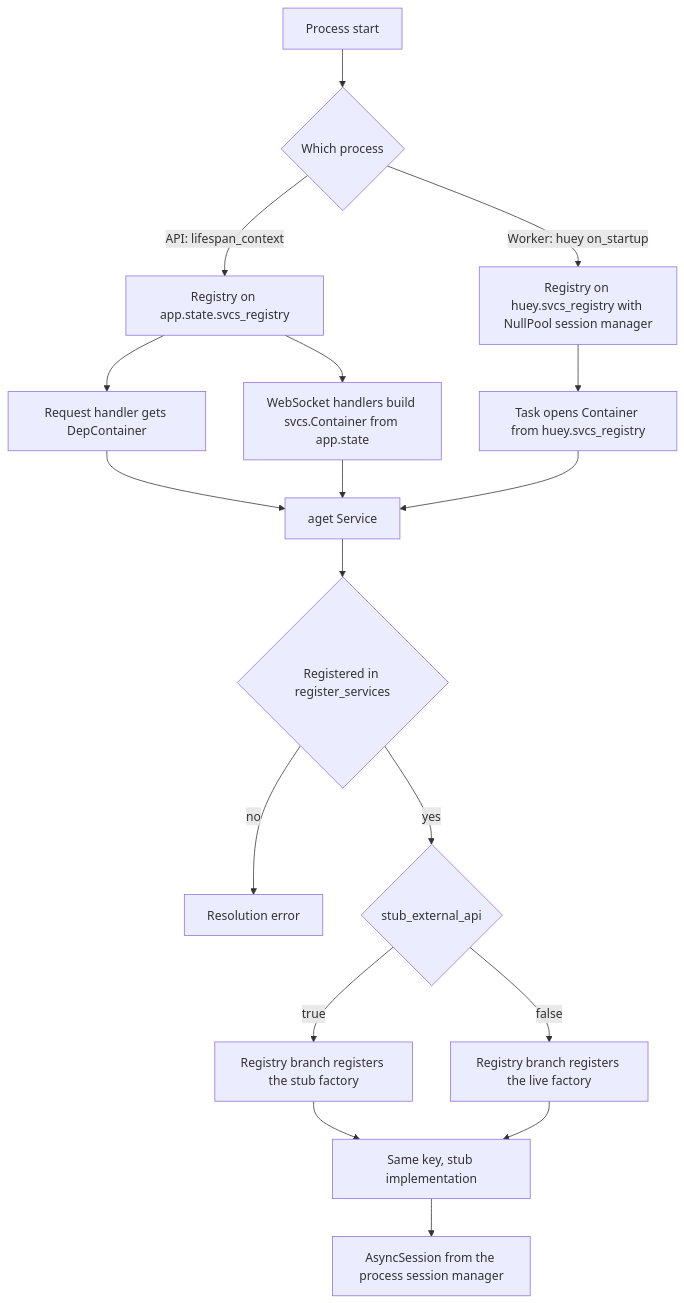
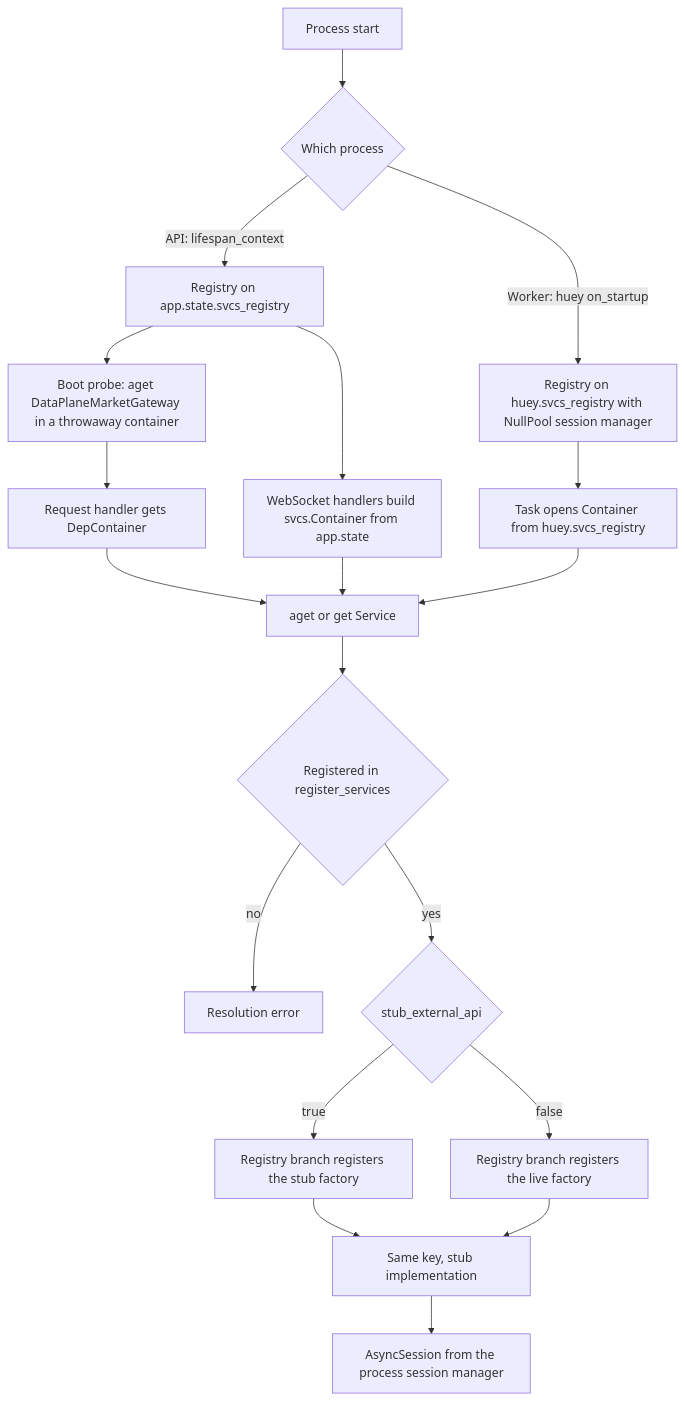
The diagram in openwiki/architecture/configuration.md (havekes/retail-portfolio), drawn with Mermaid before and after one commit. The commit also changed other lines of this file and 57 other files, not shown here.

````diff
--- a/openwiki/architecture/configuration.md
+++ b/openwiki/architecture/configuration.md
@@ -195,20 +234,21 @@
 ```mermaid
 flowchart TD
     A["Process start"] --> B{"Which process"}
     B -->|"API: lifespan_context"| C["Registry on app.state.svcs_registry"]
     B -->|"Worker: huey on_startup"| D["Registry on huey.svcs_registry with NullPool session manager"]
-    C --> E["Request handler gets DepContainer"]
+    C --> P["Boot probe: aget DataPlaneMarketGateway in a throwaway container"]
+    P --> E["Request handler gets DepContainer"]
     C --> F["WebSocket handlers build svcs.Container from app.state"]
     D --> G["Task opens Container from huey.svcs_registry"]
-    E --> H["aget Service"]
+    E --> H["aget or get Service"]
     F --> H
     G --> H
     H --> I{"Registered in register_services"}
     I -->|"no"| J["Resolution error"]
     I -->|"yes"| K{"stub_external_api"}
     K -->|"true"| L["Registry branch registers the stub factory"]
     K -->|"false"| M["Registry branch registers the live factory"]
     L --> N["Same key, stub implementation"]
     M --> N
     N --> O["AsyncSession from the process session manager"]
 ```
````
